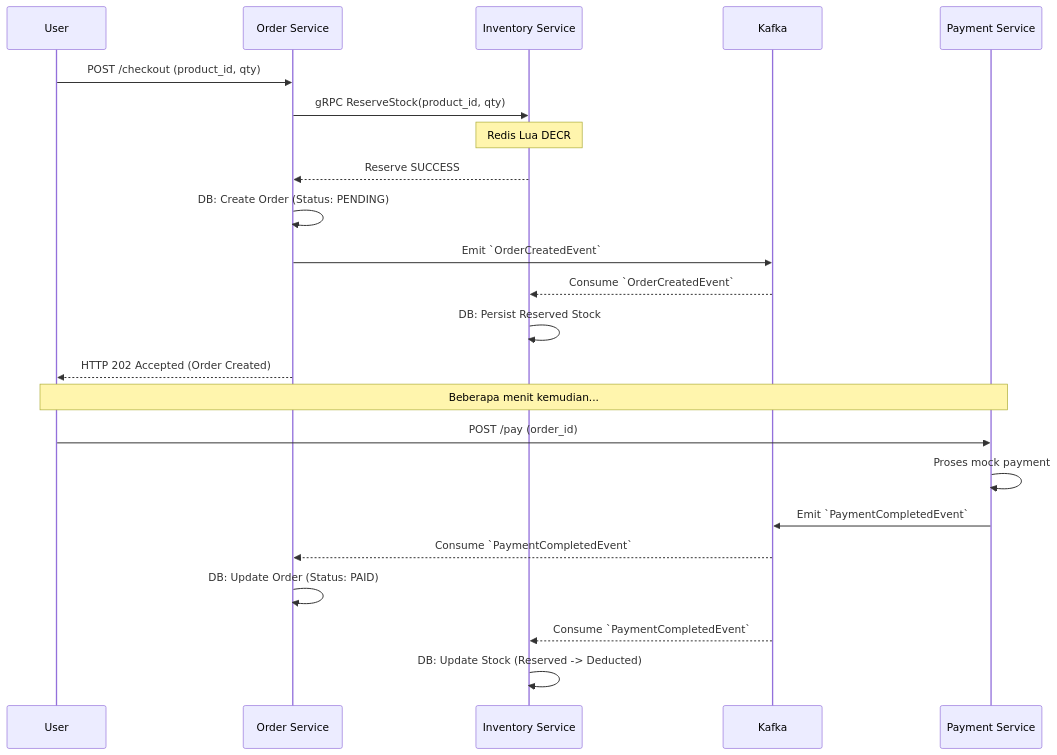
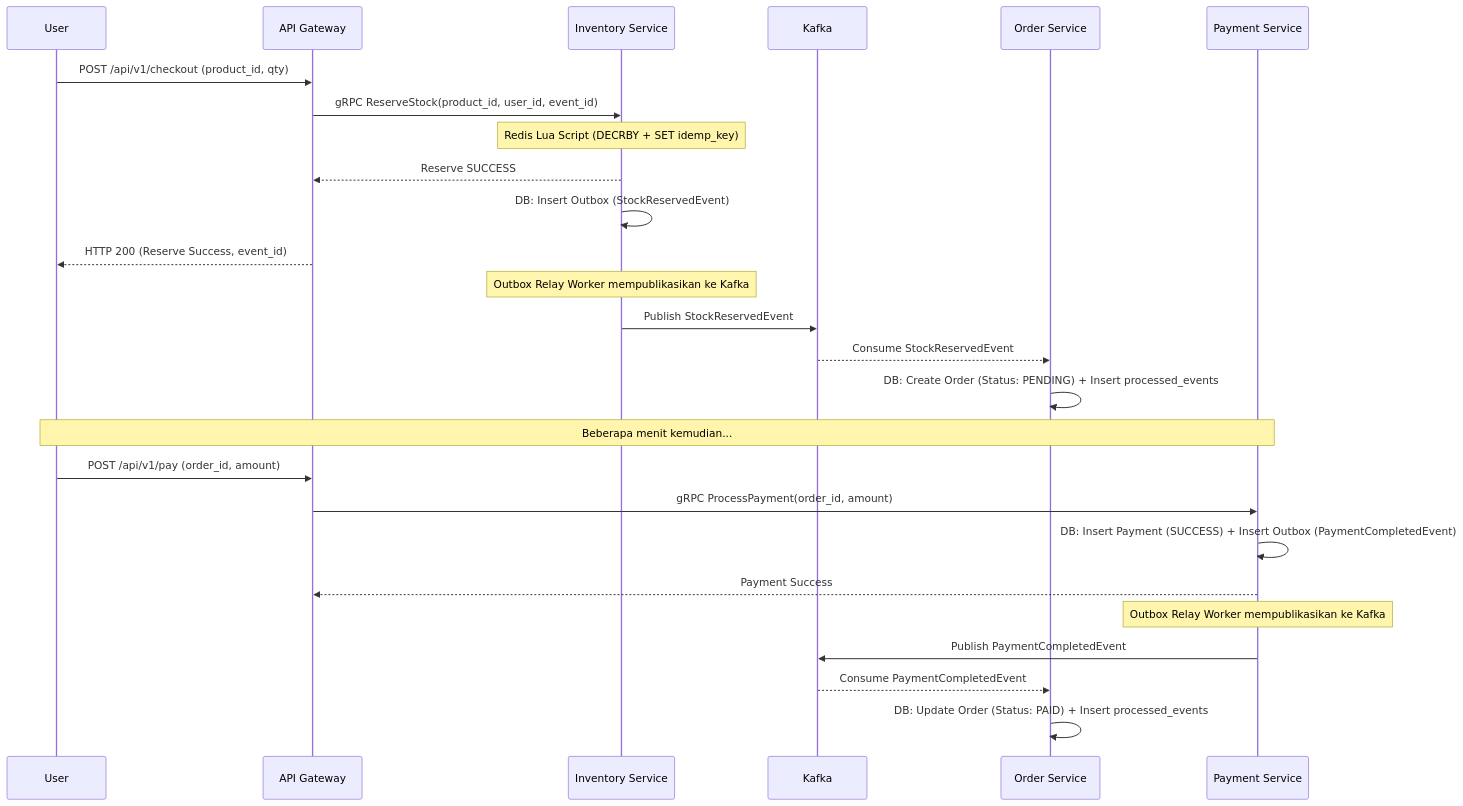
Before and after one commit to odealidj/go-distributed-flashsale-kf: the first of 3 diagrams in docs/architecture/checkout-saga.md, drawn with Mermaid. The commit also changed other lines of this file and 25 other files, not shown here.

````diff
--- a/docs/architecture/checkout-saga.md
+++ b/docs/architecture/checkout-saga.md
@@ -9,25 +9,28 @@
 ```mermaid
 sequenceDiagram
     participant U as User
-    participant O as Order Service
+    participant GW as API Gateway
     participant I as Inventory Service
     participant K as Kafka
+    participant O as Order Service
     participant P as Payment Service
-    U->>O: POST /checkout (product_id, qty)
-    O->>I: gRPC ReserveStock(product_id, qty)
-    Note over I: Redis Lua DECR
-    I-->>O: Reserve SUCCESS
-    O->>O: DB: Create Order (Status: PENDING)
-    O->>K: Emit `OrderCreatedEvent`
-    K-->>I: Consume `OrderCreatedEvent`
-    I->>I: DB: Persist Reserved Stock
-    O-->>U: HTTP 202 Accepted (Order Created)
+    U->>GW: POST /api/v1/checkout (product_id, qty)
+    GW->>I: gRPC ReserveStock(product_id, user_id, event_id)
+    Note over I: Redis Lua Script (DECRBY + SET idemp_key)
+    I-->>GW: Reserve SUCCESS
+    I->>I: DB: Insert Outbox (StockReservedEvent)
+    GW-->>U: HTTP 200 (Reserve Success, event_id)
+    Note over I: Outbox Relay Worker mempublikasikan ke Kafka
+    I->>K: Publish StockReservedEvent
+    K-->>O: Consume StockReservedEvent
+    O->>O: DB: Create Order (Status: PENDING) + Insert processed_events
     Note over U, P: Beberapa menit kemudian...
-    U->>P: POST /pay (order_id)
-    P->>P: Proses mock payment
-    P->>K: Emit `PaymentCompletedEvent`
-    K-->>O: Consume `PaymentCompletedEvent`
-    O->>O: DB: Update Order (Status: PAID)
-    K-->>I: Consume `PaymentCompletedEvent`
-    I->>I: DB: Update Stock (Reserved -> Deducted)
+    U->>GW: POST /api/v1/pay (order_id, amount)
+    GW->>P: gRPC ProcessPayment(order_id, amount)
+    P->>P: DB: Insert Payment (SUCCESS) + Insert Outbox (PaymentCompletedEvent)
+    P-->>GW: Payment Success
+    Note over P: Outbox Relay Worker mempublikasikan ke Kafka
+    P->>K: Publish PaymentCompletedEvent
+    K-->>O: Consume PaymentCompletedEvent
+    O->>O: DB: Update Order (Status: PAID) + Insert processed_events
 ```
````
